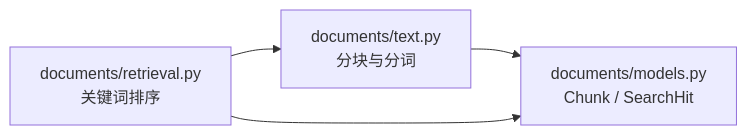
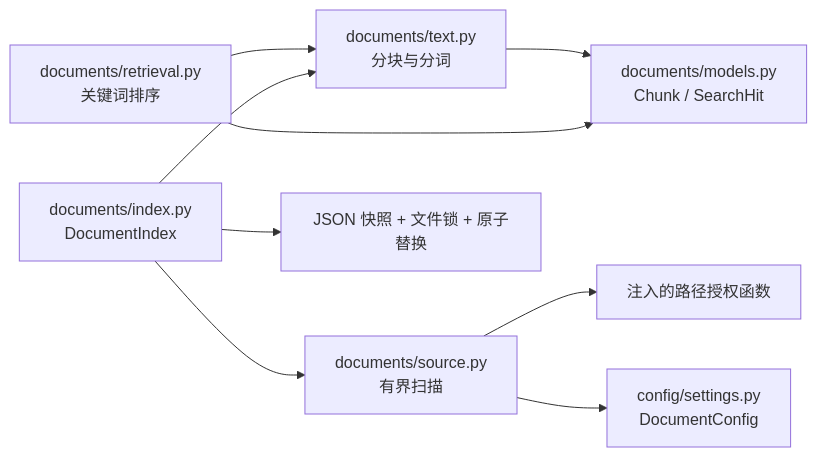
Before and after one commit to Plvltra/AdamAgent: the first of 6 diagrams in docs/architecture.md, drawn with Mermaid. The commit also changed other lines of this file and 10 other files, not shown here.

````diff
--- a/docs/architecture.md
+++ b/docs/architecture.md
@@ -13,6 +13,11 @@
 ```mermaid
 flowchart LR
     TEXT["documents/text.py<br/>分块与分词"] --> VALUES["documents/models.py<br/>Chunk / SearchHit"]
     RANK["documents/retrieval.py<br/>关键词排序"] --> TEXT
     RANK --> VALUES
+    INDEX["documents/index.py<br/>DocumentIndex"] --> SOURCE["documents/source.py<br/>有界扫描"]
+    SOURCE --> AUTH["注入的路径授权函数"]
+    INDEX --> TEXT
+    INDEX --> CACHE["JSON 快照 + 文件锁 + 原子替换"]
+    SOURCE --> CONFIG["config/settings.py<br/>DocumentConfig"]
 ```
````
